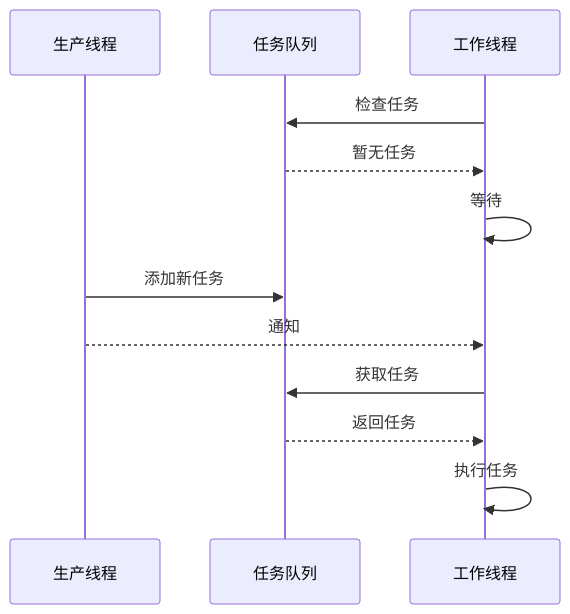
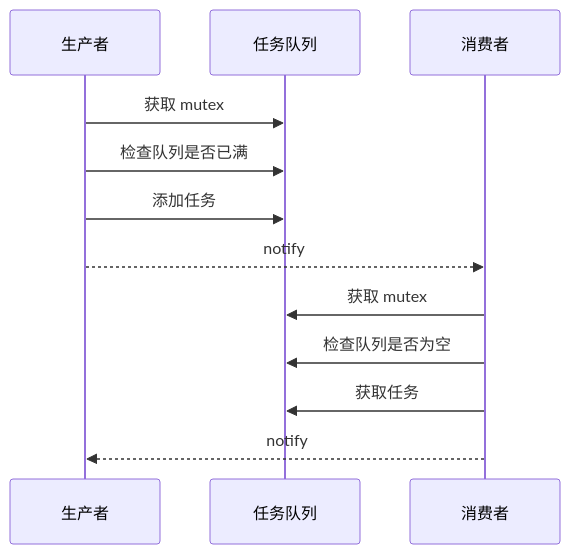
Before and after one commit to CrysSilk/ThreadPool: diagram 28 of 30 in ThreadPoolAnalysis.md, drawn with Mermaid. The commit also changed other lines of this file, not shown here.

````diff
--- a/ThreadPoolAnalysis.md
+++ b/ThreadPoolAnalysis.md
@@ -840,15 +950,15 @@
 ```mermaid
 sequenceDiagram
-    participant P as 生产线程
+    participant P as 生产者
     participant Q as 任务队列
-    participant W as 工作线程
+    participant C as 消费者
 
-    W->>Q: 检查任务
-    Q-->>W: 暂无任务
-    W->>W: 等待
-    P->>Q: 添加新任务
-    P-->>W: 通知
-    W->>Q: 获取任务
-    Q-->>W: 返回任务
-    W->>W: 执行任务
+    P->>Q: 获取 mutex
+    P->>Q: 检查队列是否已满
+    P->>Q: 添加任务
+    P-->>C: notify
+    C->>Q: 获取 mutex
+    C->>Q: 检查队列是否为空
+    C->>Q: 获取任务
+    C-->>P: notify
 ```
````
